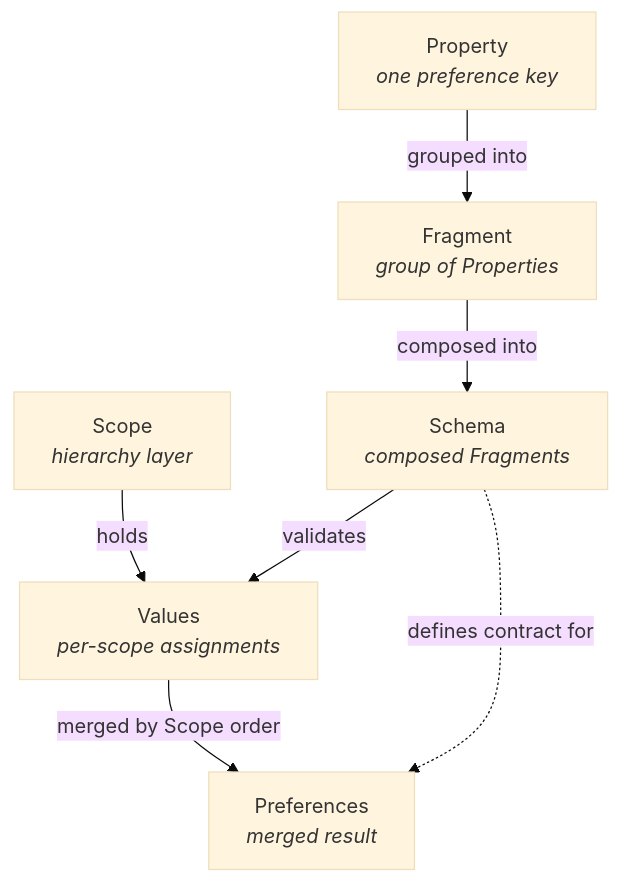
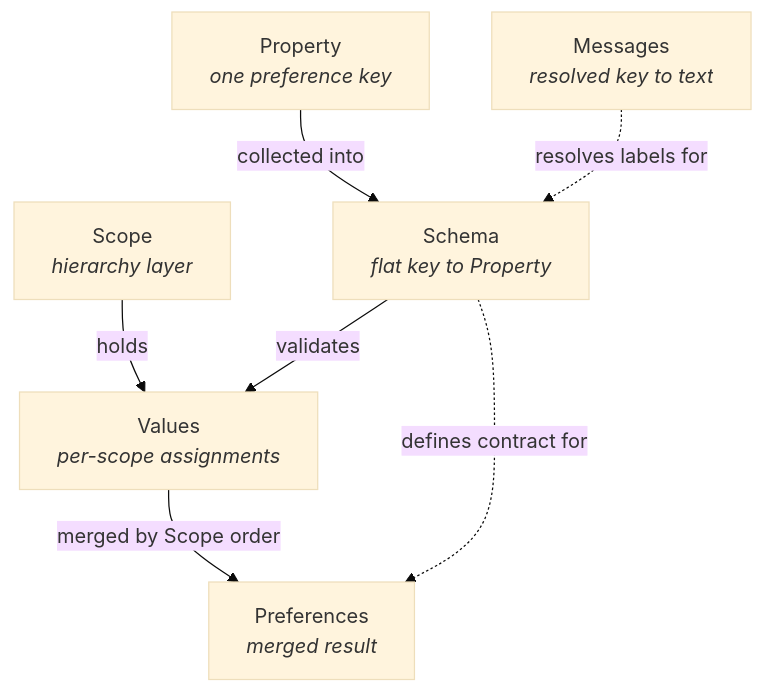
The diagram in docs/specification.md (nimbox/preferences), drawn with Mermaid (base theme) before and after one commit. The commit also changed other lines of this file and 33 other files, not shown here.

Commit message:
Refactor preferences schema and localization handling; introduce new message and property schemas. Update documentation for clarity on schema structure and localization contracts. Remove deprecated fragment schema and enhance type definitions for better clarity.

````diff
--- a/docs/specification.md
+++ b/docs/specification.md
@@ -39,19 +39,19 @@
 ```mermaid
 flowchart TB
 
     P["Property<br/><i>one preference key</i>"]
-    F["Fragment<br/><i>group of Properties</i>"]
-    S["Schema<br/><i>composed Fragments</i>"]
+    S["Schema<br/><i>flat key to Property</i>"]
+    M["Messages<br/><i>resolved key to text</i>"]
 
     Sc["Scope<br/><i>hierarchy layer</i>"]
     V["Values<br/><i>per-scope assignments</i>"]
 
     Pr["Preferences<br/><i>merged result</i>"]
 
-    P -->|grouped into| F
-    F -->|composed into| S
+    P -->|collected into| S
     Sc -->|holds| V
     S -->|validates| V
     V -->|merged by Scope order| Pr
+    M -.->|resolves labels for| S
     S -.->|defines contract for| Pr
 ```
````
